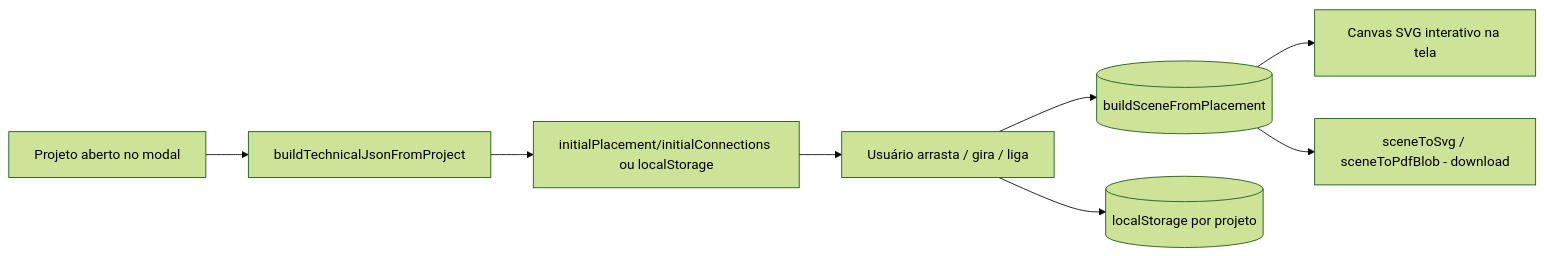
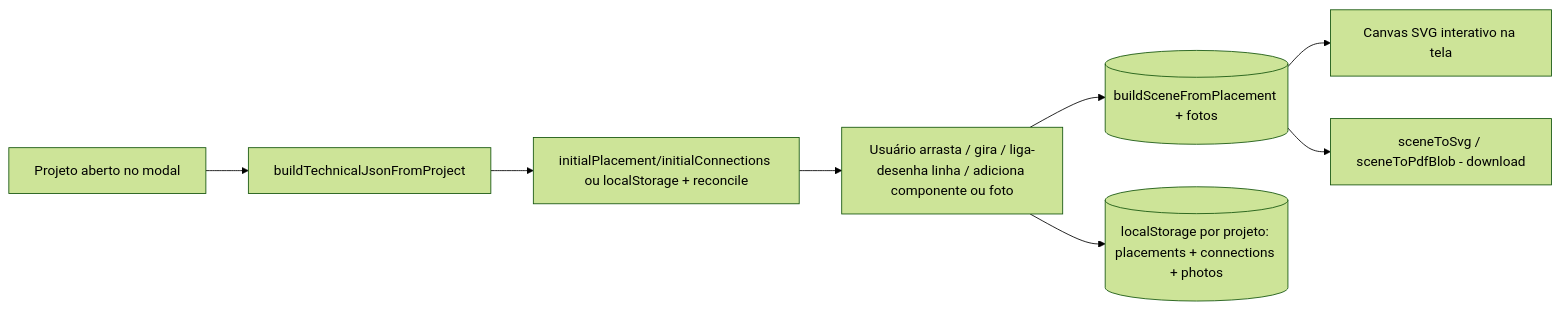
Before and after one commit to luixera/pv-harmony-hub: the diagram in docs/modules/diagrams/overview.md, drawn with Mermaid (forest theme). The commit also changed other lines of this file and 9 other files, not shown here.

First line of the commit message:
feat(unifilar): componentes/fotos avulsos, novo símbolo DPS e modo de desenhar linha

````diff
--- a/docs/modules/diagrams/overview.md
+++ b/docs/modules/diagrams/overview.md
@@ -77,10 +108,10 @@
 ```mermaid
 flowchart LR
   Proj[Projeto aberto no modal] --> Build[buildTechnicalJsonFromProject]
-  Build --> Init[initialPlacement/initialConnections ou localStorage]
-  Init --> Edit[Usuário arrasta / gira / liga]
-  Edit --> Scene[(buildSceneFromPlacement)]
+  Build --> Init[initialPlacement/initialConnections ou localStorage + reconcile]
+  Init --> Edit[Usuário arrasta / gira / liga-desenha linha / adiciona componente ou foto]
+  Edit --> Scene[(buildSceneFromPlacement + fotos)]
   Scene --> Svg[Canvas SVG interativo na tela]
   Scene --> Down[sceneToSvg / sceneToPdfBlob - download]
-  Edit --> LS[(localStorage por projeto)]
+  Edit --> LS[(localStorage por projeto: placements + connections + photos)]
 ```
````
